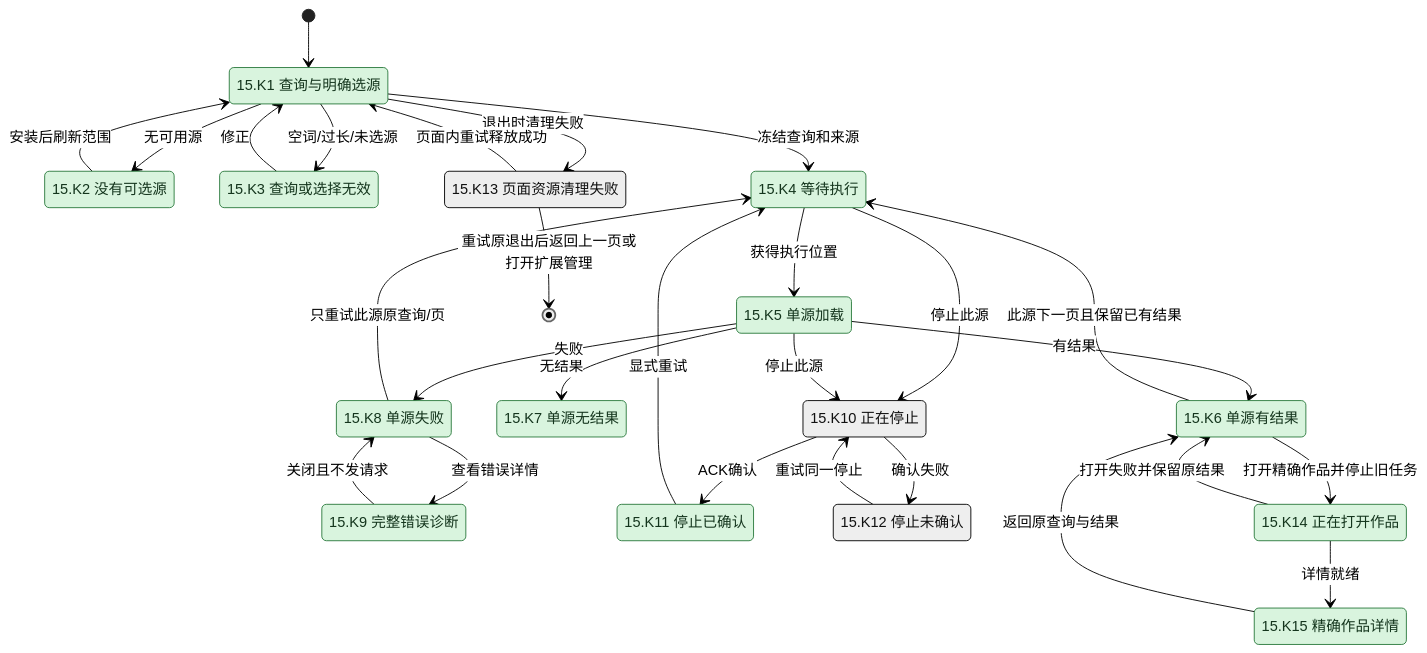
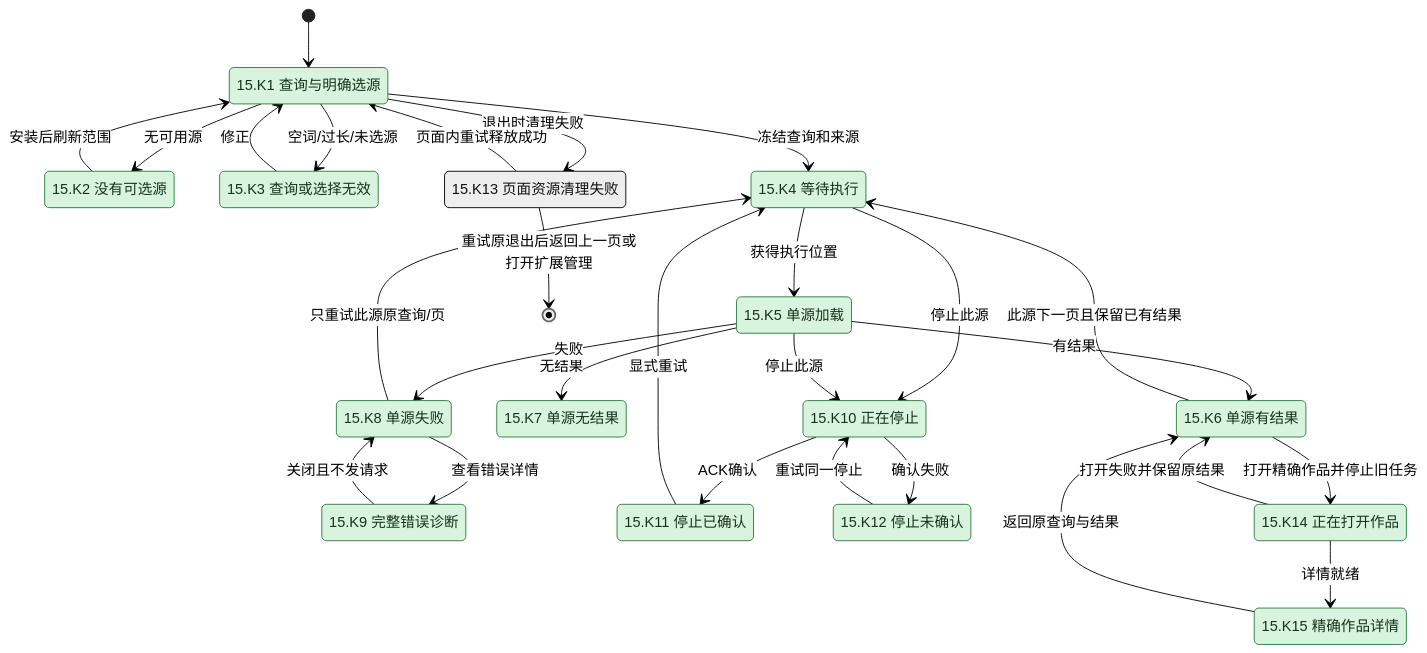
One commit to Wybxc/karuyomi changed diagram 20 of 21 in docs/verification/mihon-state-coverage.md. Above: the diagram before and after it, drawn with Mermaid (neutral theme). The commit also changed other lines of this file and 7 other files, not shown here.

````diff
--- a/docs/verification/mihon-state-coverage.md
+++ b/docs/verification/mihon-state-coverage.md
@@ -1772,48 +1772,48 @@
 ```mermaid
 stateDiagram-v2
     [*] --> Q0
     state "15.K1 查询与明确选源" as Q0
     state "15.K2 没有可选源" as Q1
     state "15.K3 查询或选择无效" as Q2
     state "15.K4 等待执行" as Q3
     state "15.K5 单源加载" as Q4
     state "15.K6 单源有结果" as Q5
     state "15.K7 单源无结果" as Q6
     state "15.K8 单源失败" as Q7
     state "15.K9 完整错误诊断" as Q8
     state "15.K10 正在停止" as Q9
     state "15.K11 停止已确认" as Q10
     state "15.K12 停止未确认" as Q11
     state "15.K13 页面资源清理失败" as Q12
     state "15.K14 正在打开作品" as Q13
     state "15.K15 精确作品详情" as Q14
     Q0 --> Q1: 无可用源
     Q1 --> Q0: 安装后刷新范围
     Q0 --> Q2: 空词/过长/未选源
     Q2 --> Q0: 修正
     Q0 --> Q3: 冻结查询和来源
     Q3 --> Q4: 获得执行位置
     Q4 --> Q5: 有结果
     Q4 --> Q6: 无结果
     Q4 --> Q7: 失败
     Q7 --> Q8: 查看错误详情
     Q8 --> Q7: 关闭且不发请求
     Q7 --> Q3: 只重试此源原查询/页
     Q5 --> Q3: 此源下一页且保留已有结果
     Q3 --> Q9: 停止此源
     Q4 --> Q9: 停止此源
     Q9 --> Q10: ACK确认
     Q9 --> Q11: 确认失败
     Q11 --> Q9: 重试同一停止
     Q10 --> Q3: 显式重试
     Q5 --> Q13: 打开精确作品并停止旧任务
     Q13 --> Q14: 详情就绪
     Q13 --> Q5: 打开失败并保留原结果
     Q14 --> Q5: 返回原查询与结果
     Q0 --> Q12: 退出时清理失败
     Q12 --> Q0: 页面内重试释放成功
     Q12 --> [*]: 重试原退出后返回上一页或打开扩展管理
     classDef partial fill:#fff0ce,color:#412e00,stroke:#b07a00
     classDef paired fill:#d9f4de,color:#14351d,stroke:#2b7a3d
-    class Q0,Q1,Q2,Q3,Q4,Q5,Q6,Q7,Q8,Q10,Q13,Q14 paired
+    class Q0,Q1,Q2,Q3,Q4,Q5,Q6,Q7,Q8,Q9,Q10,Q11,Q13,Q14 paired
 ```
````
